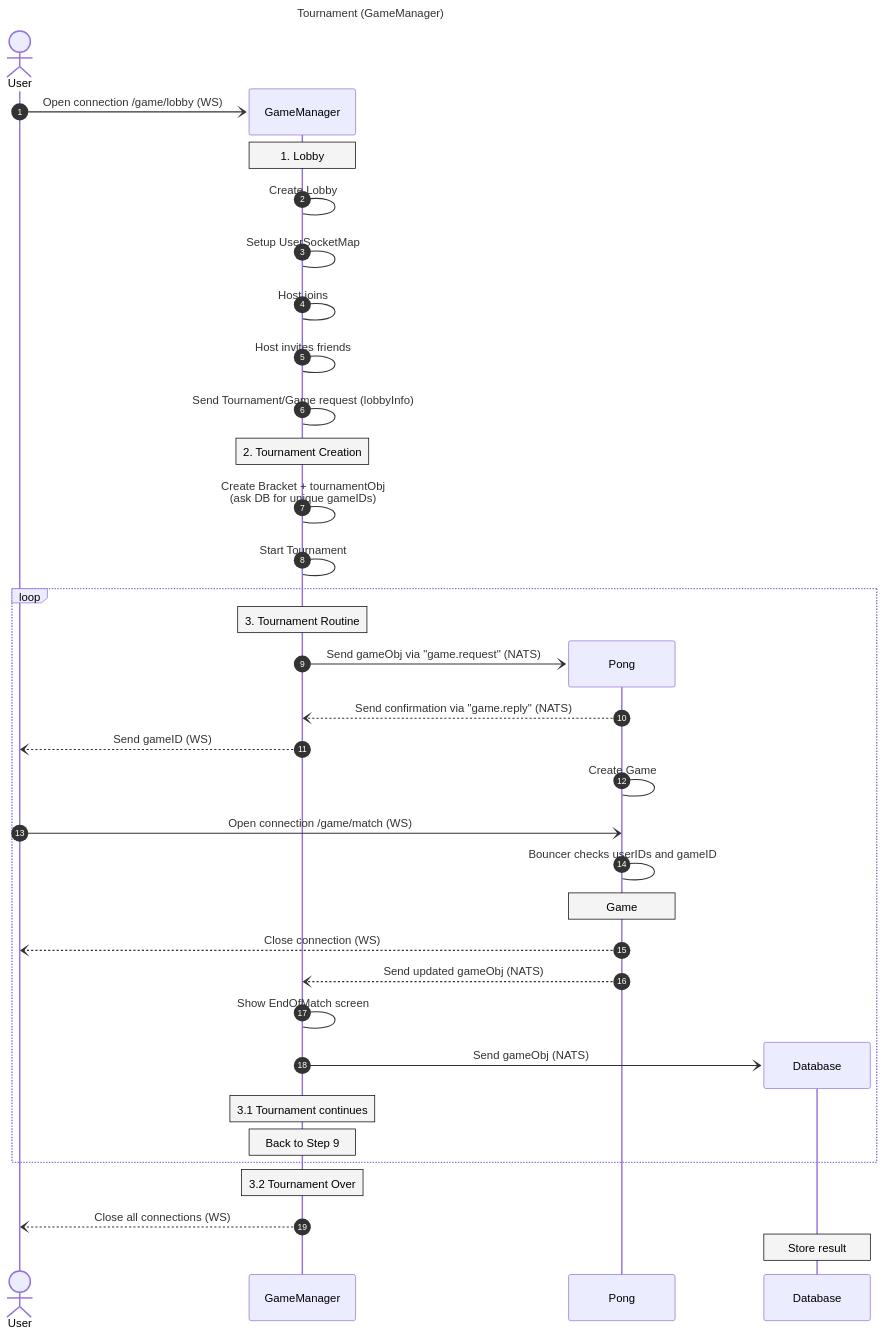
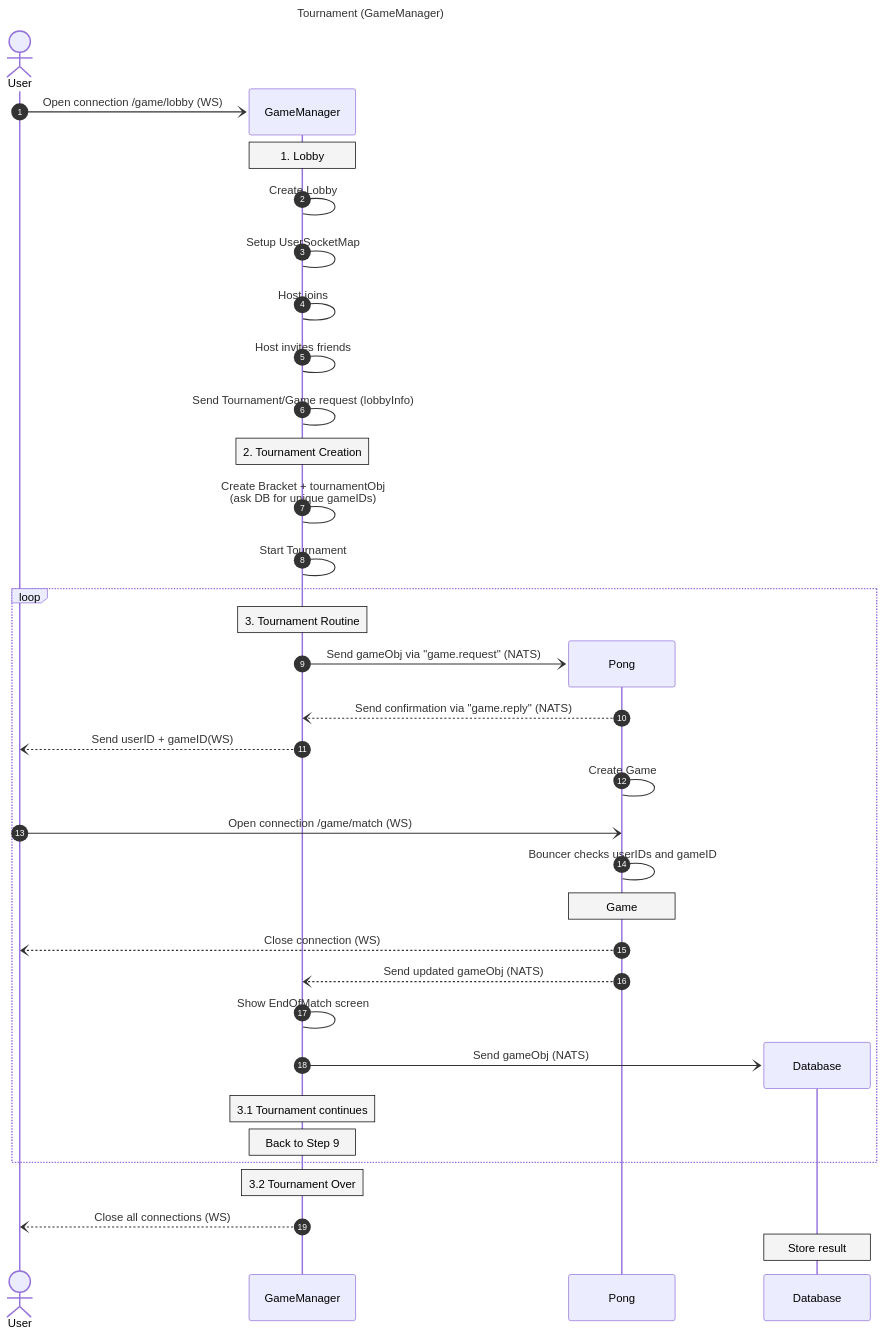
One commit to cdomet-d/transcendence changed the diagram in .doc/GameManagerV5.mmd. Above: the diagram before and after it, drawn with Mermaid. The commit also changed 5 other files, not shown here.

```diff
--- a/.doc/GameManagerV5.mmd
+++ b/.doc/GameManagerV5.mmd
@@ -1,45 +1,45 @@
 %%{init:{"themeVariables": {
     "noteBkgColor":"#f4f4f4", 
     "noteTextColor":"black",
     "noteBorderColor":"#000",
     "fontFamily":"Arial"
   }
 }}%%
 sequenceDiagram
     title Tournament (GameManager)
     autonumber
 
     create actor U as User
     create participant GM as GameManager
     U-)GM: Open connection /game/lobby (WS)
     Note over GM: 1. Lobby
     GM->GM: Create Lobby
     GM->GM: Setup UserSocketMap
     GM->GM: Host joins
     GM->GM: Host invites friends
     GM->GM: Send Tournament/Game request (lobbyInfo)
     Note over GM: 2. Tournament Creation
     GM->GM: Create Bracket + tournamentObj<br> (ask DB for unique gameIDs)
     GM->GM: Start Tournament
     loop
       Note over GM: 3. Tournament Routine
       create Participant P as Pong
       GM-)P: Send gameObj via "game.request" (NATS)
       P--)GM: Send confirmation via "game.reply" (NATS)
-      GM--)U: Send gameID (WS)
+      GM--)U: Send userID + gameID(WS)
       P->P: Create Game
       U-)P: Open connection /game/match (WS)
       P->P: Bouncer checks userIDs and gameID
       Note over P: Game
       P--)U: Close connection (WS)
       P--)GM: Send updated gameObj (NATS)
       GM->GM: Show EndOfMatch screen
 
       create participant DB as Database
       GM-)DB: Send gameObj (NATS)
       Note over GM: 3.1 Tournament continues
       Note over GM: Back to Step 9
     end
       Note over GM: 3.2 Tournament Over
       GM--)U: Close all connections (WS)
       Note over DB: Store result
```
